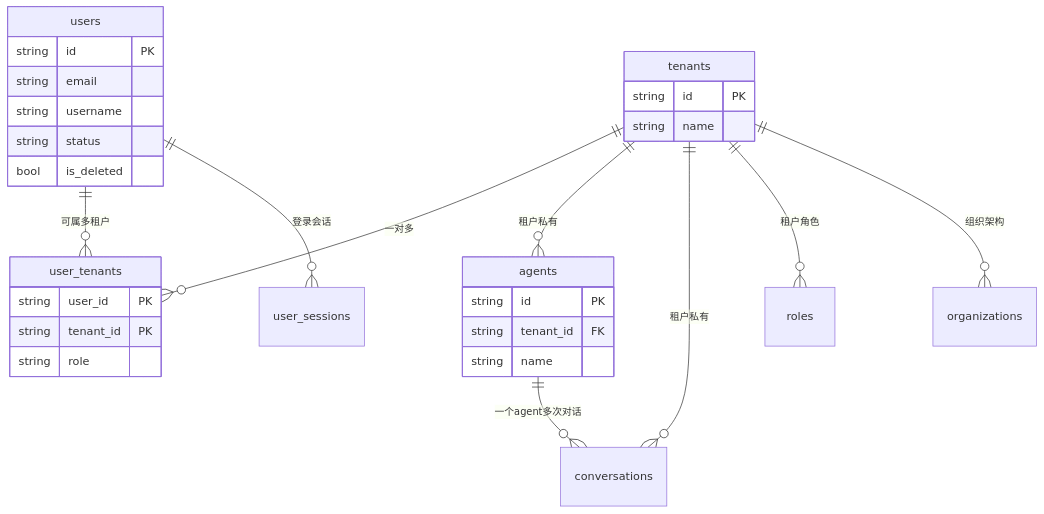
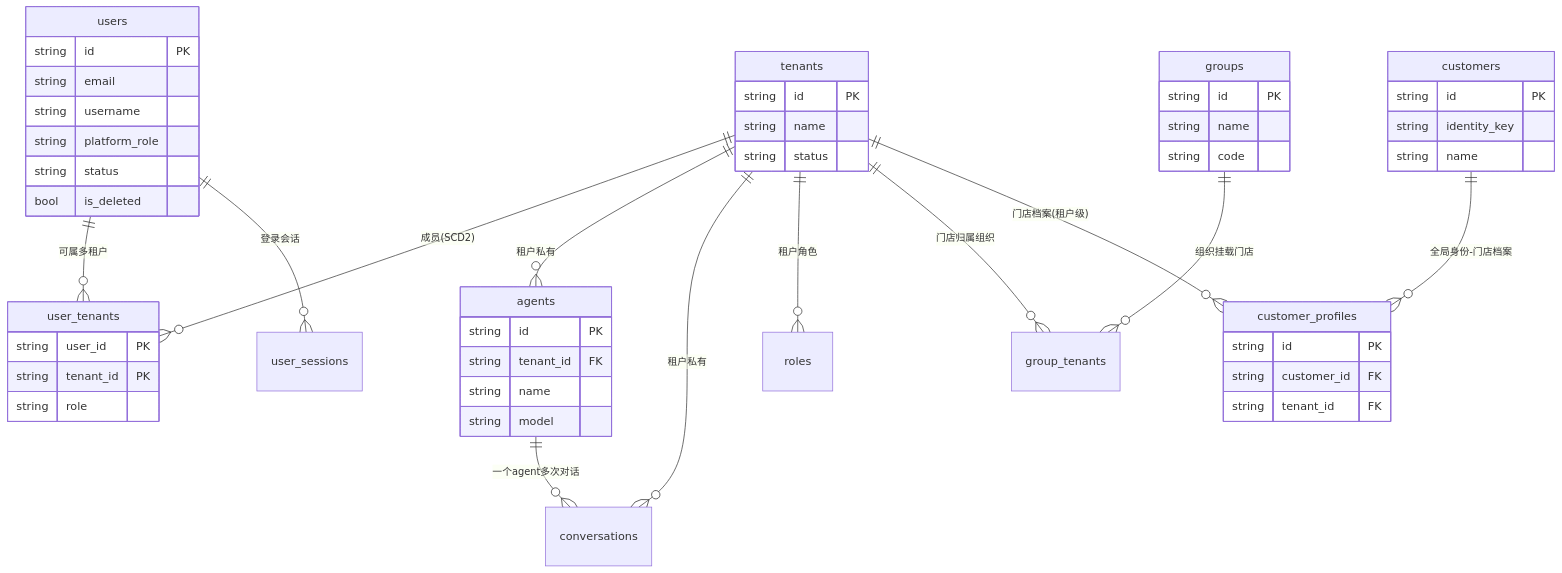
The third of 9 diagrams in 项目指南/附录/关系图.md (hugo617/ai-agent-platform), drawn with Mermaid before and after one commit. The commit also changed other lines of this file and 5 other files, not shown here.

First line of the commit message:
feat(demo-seed): 大健康连锁演示案例 + 项目地图(种子脚本 + 文档补全) (#39)

````diff
--- a/项目指南/附录/关系图.md
+++ b/项目指南/附录/关系图.md
@@ -57,33 +57,55 @@
 ```mermaid
 erDiagram
-    tenants ||--o{ user_tenants : "一对多"
+    tenants ||--o{ user_tenants : "成员(SCD2)"
     users ||--o{ user_tenants : "可属多租户"
     tenants ||--o{ agents : "租户私有"
     tenants ||--o{ conversations : "租户私有"
     agents ||--o{ conversations : "一个agent多次对话"
     users ||--o{ user_sessions : "登录会话"
     tenants ||--o{ roles : "租户角色"
-    tenants ||--o{ organizations : "组织架构"
+    %% 业务实体(三类)
+    groups ||--o{ group_tenants : "组织挂载门店"
+    tenants ||--o{ group_tenants : "门店归属组织"
+    customers ||--o{ customer_profiles : "全局身份-门店档案"
+    tenants ||--o{ customer_profiles : "门店档案(租户级)"
 
     tenants {
         string id PK
         string name
+        string status
     }
     users {
         string id PK
         string email
         string username
+        string platform_role
         string status
         bool is_deleted
     }
     user_tenants {
         string user_id PK
         string tenant_id PK
         string role
     }
     agents {
         string id PK
         string tenant_id FK
         string name
+        string model
+    }
+    groups {
+        string id PK
+        string name
+        string code
+    }
+    customers {
+        string id PK
+        string identity_key
+        string name
+    }
+    customer_profiles {
+        string id PK
+        string customer_id FK
+        string tenant_id FK
     }
 ```
````
